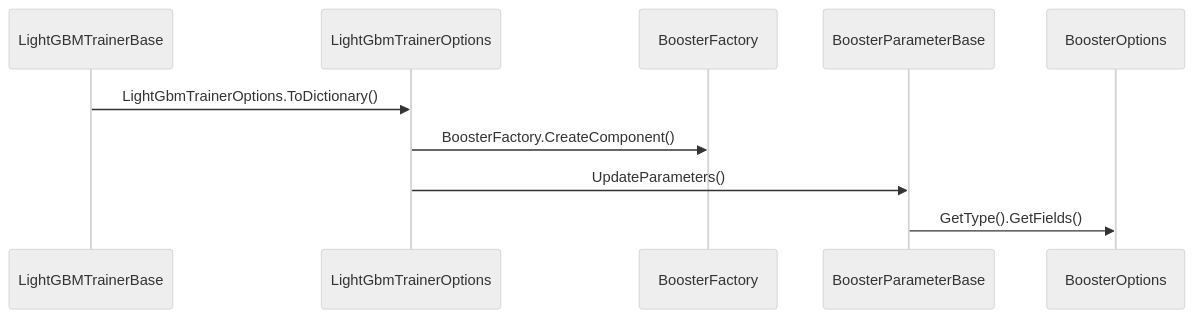
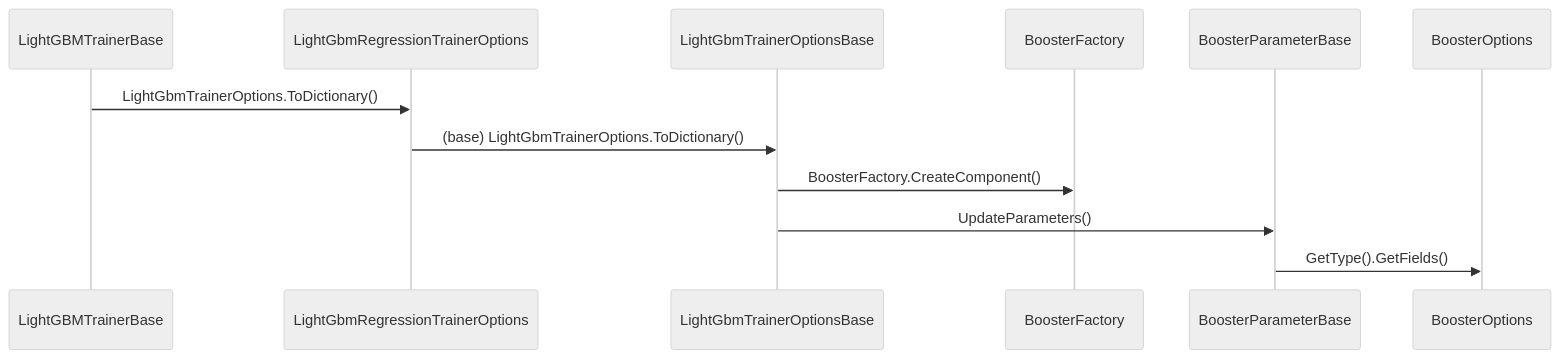
The diagram in seq_lightgbmtrainerargs.mmd (rgesteve/mlnetarchdiagrams), drawn with Mermaid (neutral theme) before and after one commit.

Commit message:
More details into option population

```diff
--- a/seq_lightgbmtrainerargs.mmd
+++ b/seq_lightgbmtrainerargs.mmd
@@ -1,10 +1,12 @@
  sequenceDiagram 
     participant  TB as  LightGBMTrainerBase
-    participant  LGBMTrainerOpt as  LightGbmTrainerOptions
+    participant  LGBMRegTrainerOpt as  LightGbmRegressionTrainerOptions
+    participant  LGBMTrainerOpt as  LightGbmTrainerOptionsBase
     participant  BF as  BoosterFactory
     participant  BP as  BoosterParameterBase
     participant  BO as  BoosterOptions
-      TB->>LGBMTrainerOpt: LightGbmTrainerOptions.ToDictionary()
+      TB->>LGBMRegTrainerOpt: LightGbmTrainerOptions.ToDictionary()
+      LGBMRegTrainerOpt->>LGBMTrainerOpt: (base) LightGbmTrainerOptions.ToDictionary()
       LGBMTrainerOpt->> BF: BoosterFactory.CreateComponent()
       LGBMTrainerOpt->> BP: UpdateParameters()
       BP->>BO: GetType().GetFields()
```
